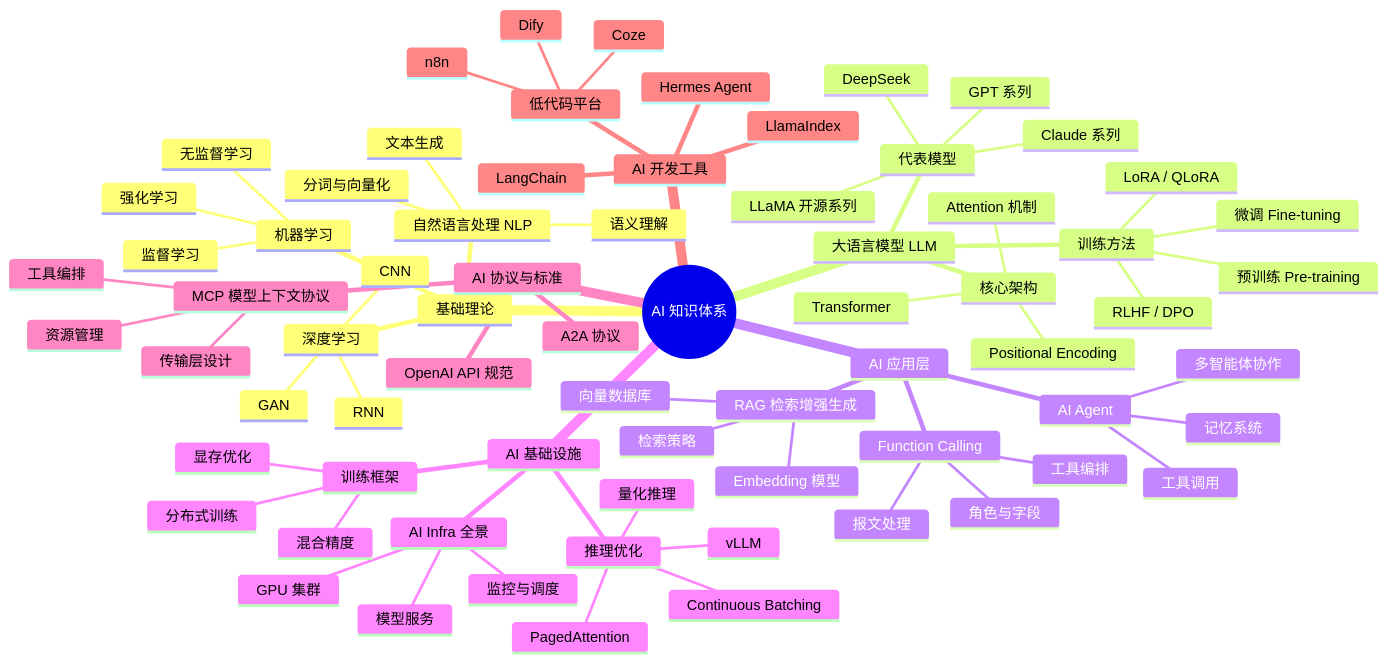
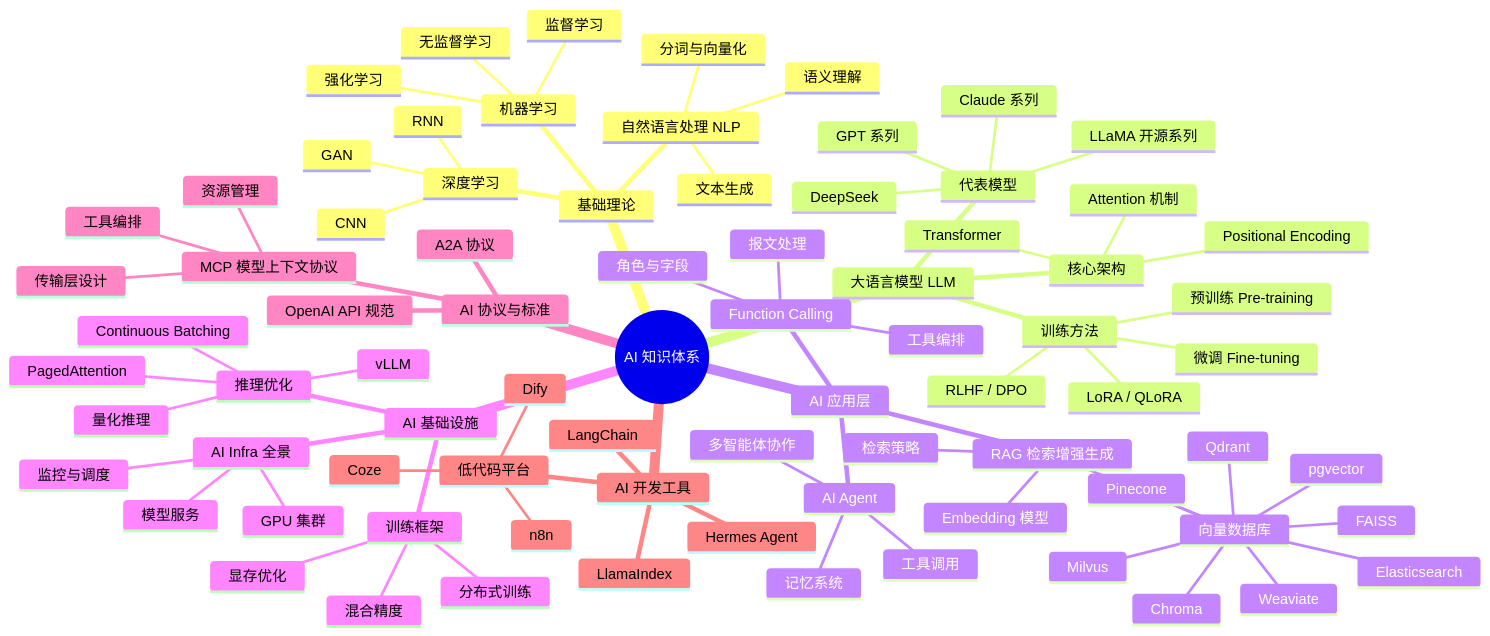
One commit to feifeigd/feifeigd.github.io changed the diagram in src/pages/ai.mdx. Above: the diagram before and after it, drawn with Mermaid. The commit also changed other lines of this file and 1 other file, not shown here.

Commit message:
blog: Function Calling 全链路拆解与踩坑

````diff
--- a/src/pages/ai.mdx
+++ b/src/pages/ai.mdx
@@ -14,74 +14,82 @@
 ```mermaid
 mindmap
   root((AI 知识体系))
     基础理论
       机器学习
         监督学习
         无监督学习
         强化学习
       深度学习
         CNN
         RNN
         GAN
       自然语言处理 NLP
         分词与向量化
         语义理解
         文本生成
     大语言模型 LLM
       核心架构
         Transformer
         Attention 机制
         Positional Encoding
       代表模型
         GPT 系列
         Claude 系列
         DeepSeek
         LLaMA 开源系列
       训练方法
         预训练 Pre-training
         微调 Fine-tuning
         RLHF / DPO
         LoRA / QLoRA
     AI 应用层
       RAG 检索增强生成
         向量数据库
+          Milvus
+          Pinecone
+          Qdrant
+          Weaviate
+          Chroma
+          FAISS
+          pgvector
+          Elasticsearch
         Embedding 模型
         检索策略
       AI Agent
         工具调用
         记忆系统
         多智能体协作
       Function Calling
         角色与字段
         报文处理
         工具编排
     AI 基础设施
       推理优化
         vLLM
         PagedAttention
         Continuous Batching
         量化推理
       训练框架
         分布式训练
         混合精度
         显存优化
       AI Infra 全景
         GPU 集群
         模型服务
         监控与调度
     AI 协议与标准
       MCP 模型上下文协议
         传输层设计
         工具编排
         资源管理
       A2A 协议
       OpenAI API 规范
     AI 开发工具
       LangChain
       LlamaIndex
       Hermes Agent
       低代码平台
         Dify
         Coze
         n8n
 ```
````
